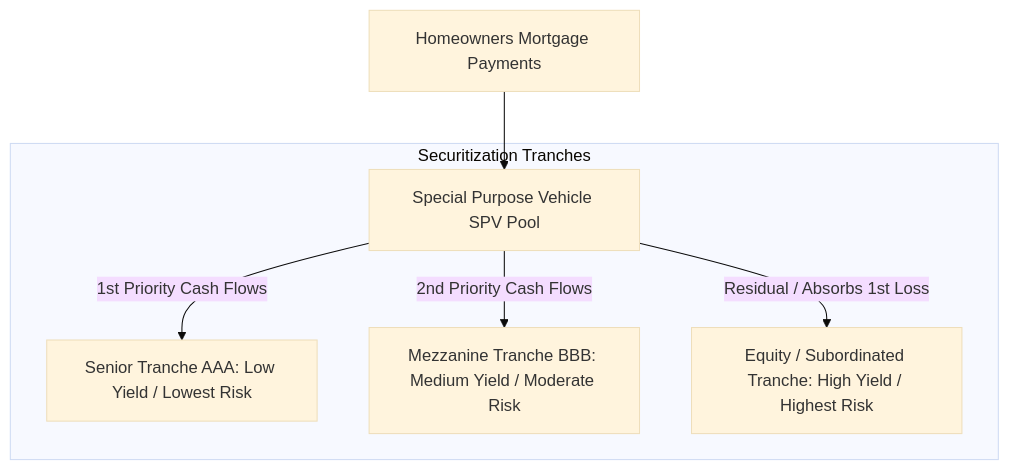
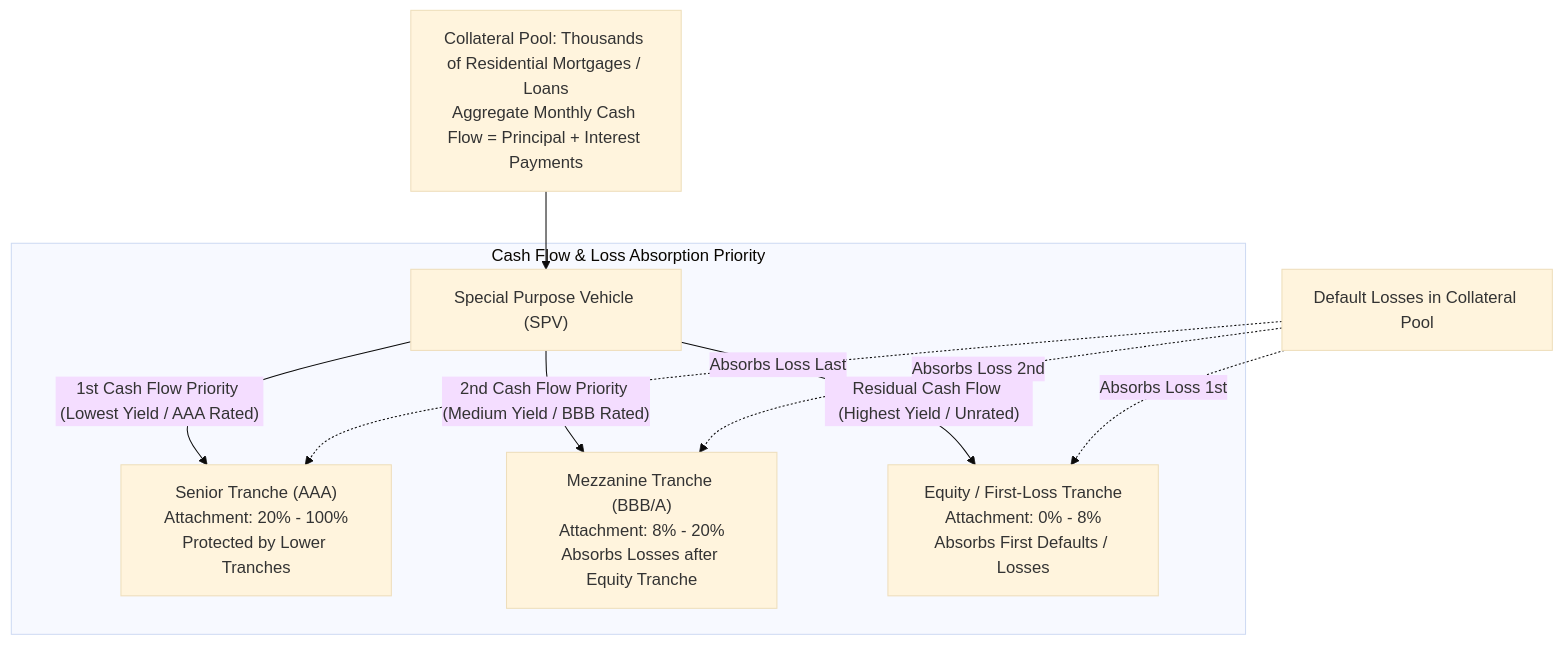
One commit to eggieinquant/wqu changed the second of 4 diagrams in 01_financial_market/README.md. Above: the diagram before and after it, drawn with Mermaid (base theme). The commit also changed other lines of this file and 6 other files, not shown here.

Commit message:
docs: overhaul and standardize READMEs across all MScFE modules (01-08) with Mermaid architectures, LaTeX formulas, and complete lesson mappings

````diff
--- a/01_financial_market/README.md
+++ b/01_financial_market/README.md
@@ -38,10 +43,14 @@
 ```mermaid
 flowchart TD
-    Borrowers["Homeowners Mortgage Payments"] --> SPV["Special Purpose Vehicle SPV Pool"]
+    CollateralPool["Collateral Pool: Thousands of Residential Mortgages / Loans<br/>Aggregate Monthly Cash Flow = Principal + Interest Payments"] --> SPV["Special Purpose Vehicle (SPV)"]
     
-    subgraph Cash_Flow_Waterfall ["Securitization Tranches"]
-        SPV -->|"1st Priority Cash Flows"| Senior["Senior Tranche AAA: Low Yield / Lowest Risk"]
-        SPV -->|"2nd Priority Cash Flows"| Mezzanine["Mezzanine Tranche BBB: Medium Yield / Moderate Risk"]
-        SPV -->|"Residual / Absorbs 1st Loss"| Equity_Tranche["Equity / Subordinated Tranche: High Yield / Highest Risk"]
+    subgraph Subordination_Waterfall ["Cash Flow & Loss Absorption Priority"]
+        SPV -->|"1st Cash Flow Priority (Lowest Yield / AAA Rated)"| Senior["Senior Tranche (AAA)<br/>Attachment: 20% - 100%<br/>Protected by Lower Tranches"]
+        SPV -->|"2nd Cash Flow Priority (Medium Yield / BBB Rated)"| Mezzanine["Mezzanine Tranche (BBB/A)<br/>Attachment: 8% - 20%<br/>Absorbs Losses after Equity Tranche"]
+        SPV -->|"Residual Cash Flow (Highest Yield / Unrated)"| Equity["Equity / First-Loss Tranche<br/>Attachment: 0% - 8%<br/>Absorbs First Defaults / Losses"]
     end
+    
+    LossDirection["Default Losses in Collateral Pool"] -.->|"Absorbs Loss 1st"| Equity
+    LossDirection -.->|"Absorbs Loss 2nd"| Mezzanine
+    LossDirection -.->|"Absorbs Loss Last"| Senior
 ```
````
